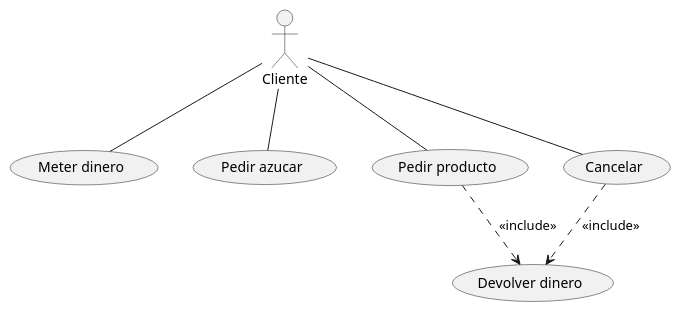
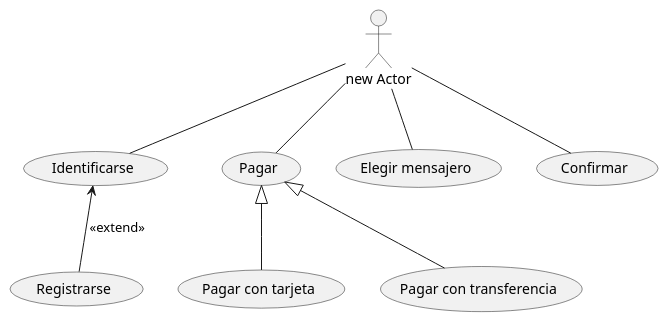
Before and after one commit to valencodes/UD12_usoUML_DVGC: the diagram in src/casos_de_uso.puml, drawn with PlantUML.

Commit message:
Ejemplo: Tienda en internet

```diff
--- a/src/casos_de_uso.puml
+++ b/src/casos_de_uso.puml
@@ -1,10 +1,12 @@
 @startuml
 
-:Cliente:--(Meter dinero)
-:Cliente:--(Pedir azucar)
-:Cliente:--(Pedir producto)
-:Cliente:--(Cancelar)
-(Pedir producto)-.>(Devolver dinero):<<include>>
-(Cancelar)-.>(Devolver dinero):<<include>>
+:new Actor:--(Identificarse)
+:new Actor:--(Pagar)
+:new Actor:--(Elegir mensajero)
+:new Actor:--(Confirmar)
+(Identificarse)<--(Registrarse):<<extend>>
+(Pagar)<|--(Pagar con tarjeta)
+(Pagar)<|--(Pagar con transferencia)
+
 
 @enduml
```
